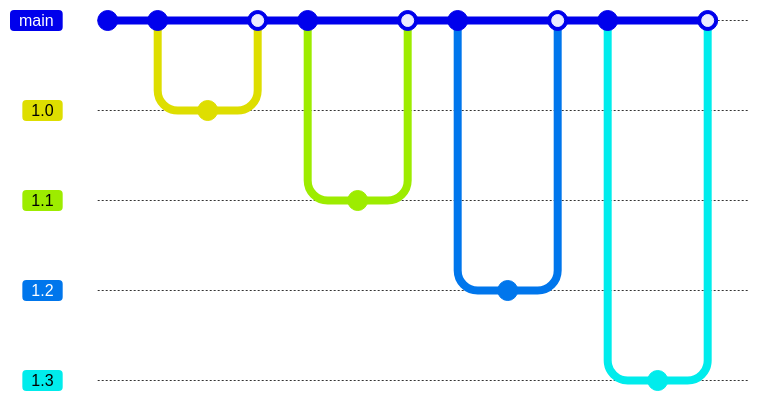
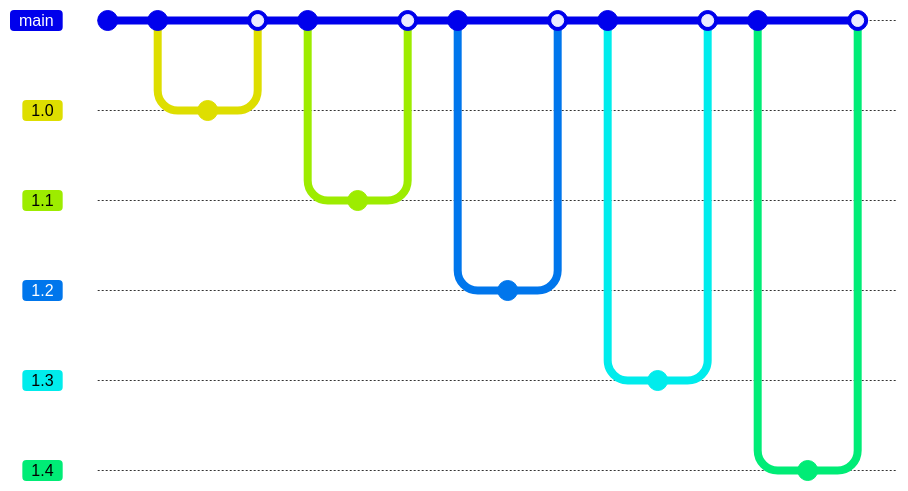
One commit to gianmarco-mameli/uselessrepo changed the diagram in graph.md. Above: the diagram before and after it, drawn with Mermaid. Commit ids are hidden.

Commit message:
Version bump

````diff
--- a/graph.md
+++ b/graph.md
@@ -1,29 +1,34 @@
 ```mermaid
 gitGraph
     commit
     commit
     branch 1.0
     checkout 1.0
     commit
     checkout main
     merge 1.0
     commit
     branch 1.1
     checkout 1.1
     commit
     checkout main
     merge 1.1
     commit
     branch 1.2
     checkout 1.2
     commit
     checkout main
     merge 1.2
     commit
     branch 1.3
     checkout 1.3
     commit
     checkout main
     merge 1.3
-    
+    commit
+    branch 1.4
+    checkout 1.4
+    commit
+    checkout main
+    merge 1.4
 ```
````
